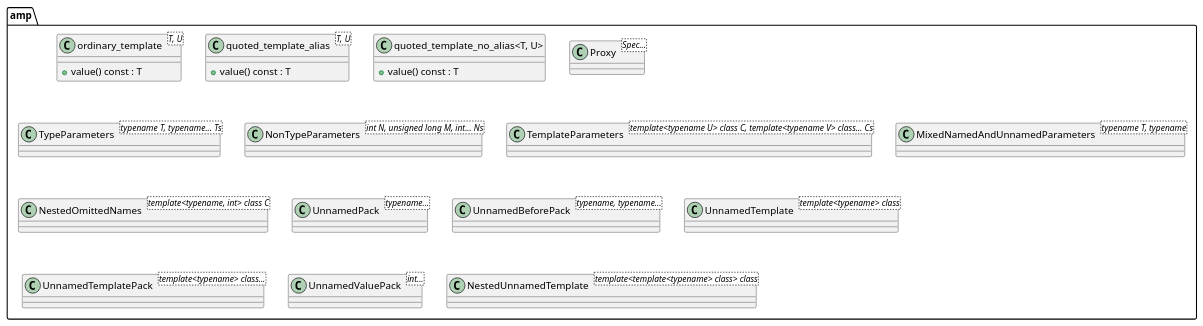
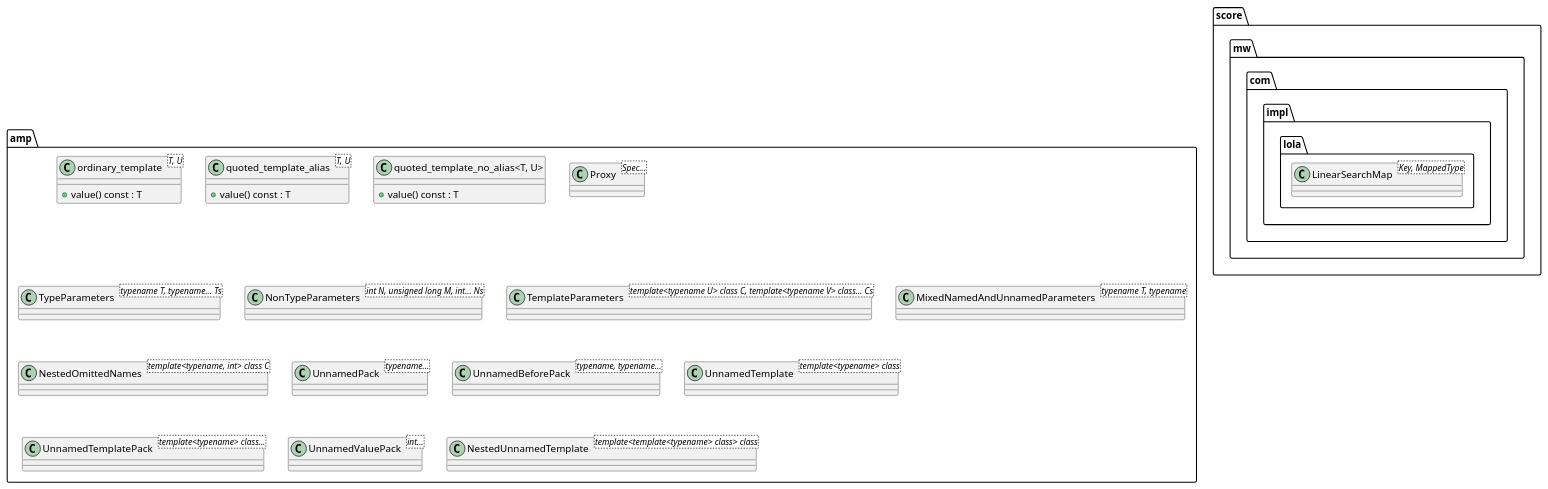
The diagram in validation/core/integration_test/class_design_implementation/positive_class_template_forms/class_diagram.puml (eclipse-score/tooling), drawn with PlantUML before and after one commit. The commit also changed 37 other files, not shown here.

First line of the commit message:
feat(validation): allow trailing function and template declaration parameter omission

```diff
--- a/validation/core/integration_test/class_design_implementation/positive_class_template_forms/class_diagram.puml
+++ b/validation/core/integration_test/class_design_implementation/positive_class_template_forms/class_diagram.puml
@@ -14,53 +14,67 @@
 @startuml positive_class_template_forms
 
 namespace amp {
     ' Declaration forms: unquoted, quoted, aliases, and legacy parameter packs.
     class ordinary_template<T, U> {
         + value() const : T
     }
 
     class "quoted_template_alias<T, U>" as quoted_template_alias {
         + value() const : T
     }
 
     class "quoted_template_no_alias<T, U>" {
         + value() const : T
     }
 
     class "Proxy<Spec...>" as P
 
     class "TypeParameters<typename T, typename... Ts>" as TypeParameters {
     }
 
     class "NonTypeParameters<int N, unsigned long M, int... Ns>" as NonTypeParameters {
     }
 
     class "TemplateParameters<template<typename U> class C, template<typename V> class... Cs>" as TemplateParameters {
     }
 
     class "MixedNamedAndUnnamedParameters<typename T, typename>" as MixedNamedAndUnnamedParameters {
     }
 
     class "NestedOmittedNames<template<typename, int> class C>" as NestedOmittedNames {
     }
 
     class "UnnamedPack<typename...>" as UnnamedPack {
     }
 
     class "UnnamedBeforePack<typename, typename...>" as UnnamedBeforePack {
     }
 
     class "UnnamedTemplate<template<typename> class>" as UnnamedTemplate {
     }
 
     class "UnnamedTemplatePack<template<typename> class...>" as UnnamedTemplatePack {
     }
 
     class "UnnamedValuePack<int...>" as UnnamedValuePack {
     }
 
     class "NestedUnnamedTemplate<template<template<typename> class> class>" as NestedUnnamedTemplate {
     }
 }
 
+namespace score {
+    namespace mw {
+        namespace com {
+            namespace impl {
+                namespace lola {
+                    ' A template declaration with an alias may omit trailing parameters.
+                    class "LinearSearchMap<Key, MappedType>" as LinearSearchMap {
+                    }
+                }
+            }
+        }
+    }
+}
+
 @enduml
```
